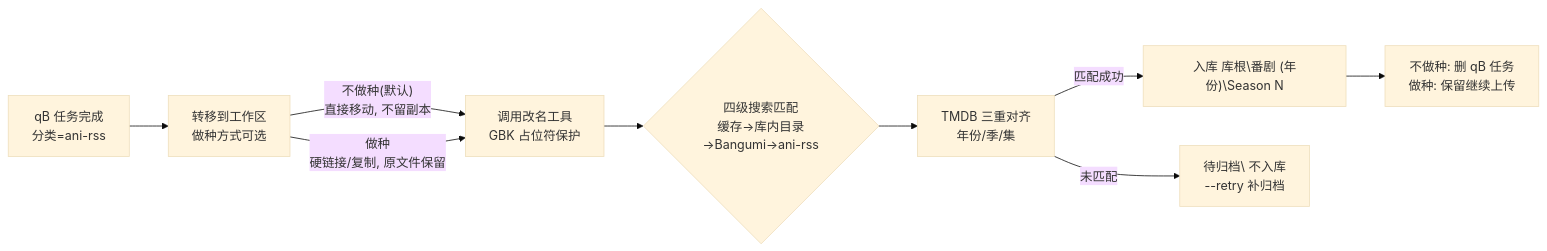
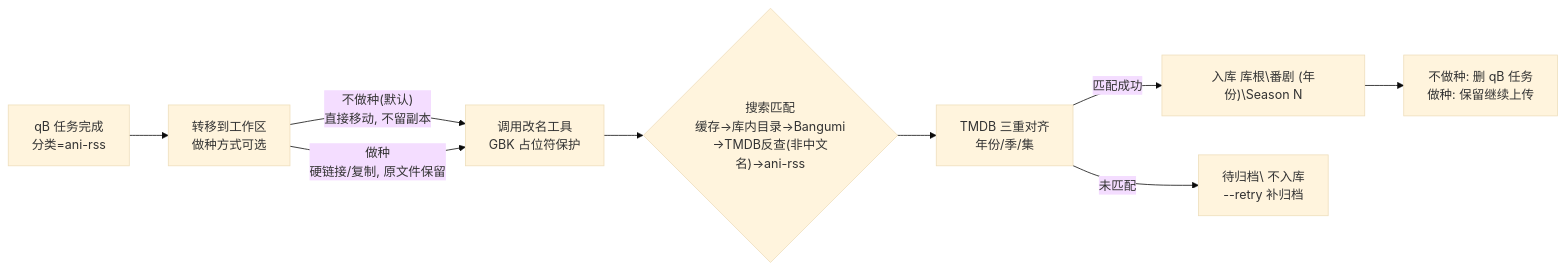
Before and after one commit to DaisySG297/qb-bangumi-autorename: the diagram in README.md, drawn with Mermaid (base theme). The commit also changed other lines of this file and 1 other file, not shown here.

````diff
--- a/README.md
+++ b/README.md
@@ -25,11 +25,11 @@
 ```mermaid
 flowchart LR
     A["qB 任务完成<br/>分类=ani-rss"] --> B["转移到工作区<br/>做种方式可选"]
     B -->|"不做种(默认)<br/>直接移动, 不留副本"| C["调用改名工具<br/>GBK 占位符保护"]
     B -->|"做种<br/>硬链接/复制, 原文件保留"| C
-    C --> D{"四级搜索匹配<br/>缓存→库内目录→Bangumi→ani-rss"}
+    C --> D{"搜索匹配<br/>缓存→库内目录→Bangumi<br/>→TMDB反查(非中文名)→ani-rss"}
     D --> E["TMDB 三重对齐<br/>年份/季/集"]
     E -->|匹配成功| F["入库 库根#92;番剧 (年份)#92;Season N"]
     E -->|未匹配| G["待归档#92; 不入库<br/>--retry 补归档"]
     F --> H["不做种: 删 qB 任务<br/>做种: 保留继续上传"]
 ```
````
